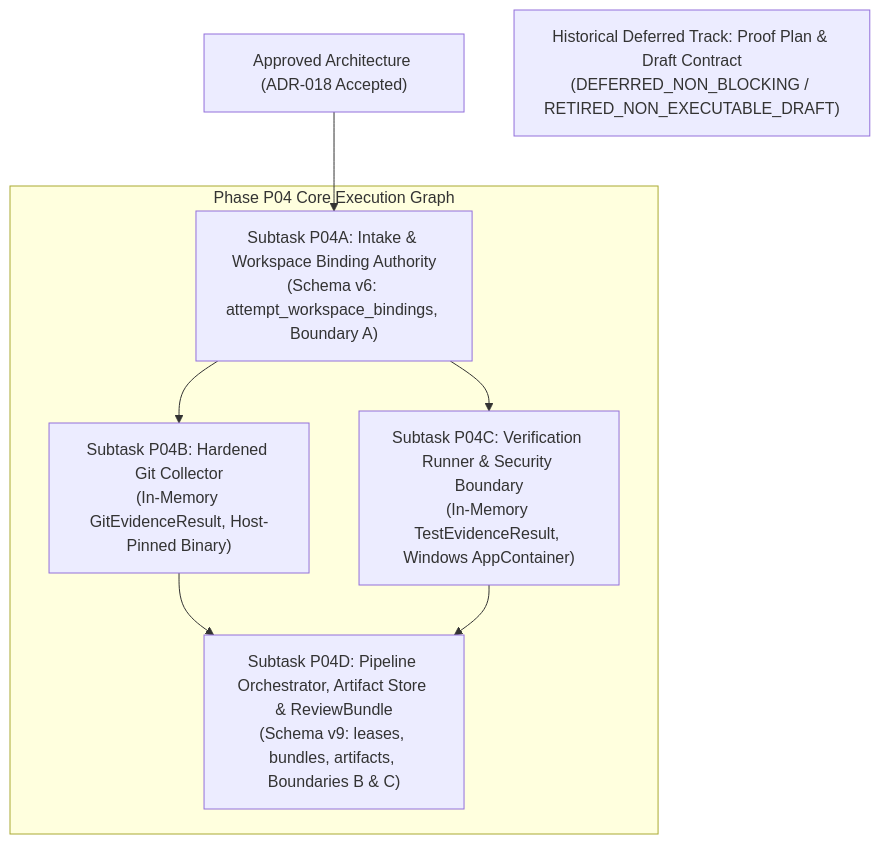
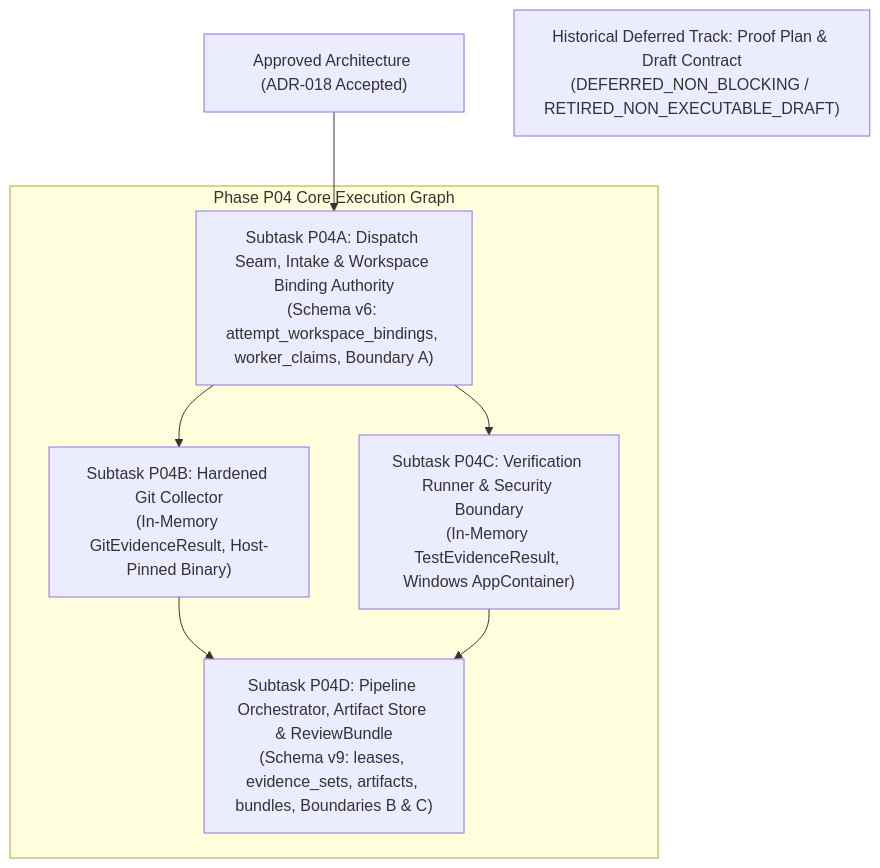
Before and after one commit to trungqwe/ai-supervisor: the diagram in docs/plans/PLAN-P04-EVIDENCE-REVIEW.md, drawn with Mermaid. The commit also changed other lines of this file and 6 other files, not shown here.

Commit message:
docs(p04): record Re-Audit 006, remediate pre-contract architecture round 7

````diff
--- a/docs/plans/PLAN-P04-EVIDENCE-REVIEW.md
+++ b/docs/plans/PLAN-P04-EVIDENCE-REVIEW.md
@@ -20,23 +20,23 @@
 ```mermaid
 graph TD
     Gov["Approved Architecture (ADR-018 Accepted)"] --> P04A
 
     subgraph PhaseP04ExecutionGraph["Phase P04 Core Execution Graph"]
-        P04A["Subtask P04A: Intake & Workspace Binding Authority
-(Schema v6: attempt_workspace_bindings, Boundary A)"]
+        P04A["Subtask P04A: Dispatch Seam, Intake & Workspace Binding Authority
+(Schema v6: attempt_workspace_bindings, worker_claims, Boundary A)"]
         P04B["Subtask P04B: Hardened Git Collector
 (In-Memory GitEvidenceResult, Host-Pinned Binary)"]
         P04C["Subtask P04C: Verification Runner & Security Boundary
 (In-Memory TestEvidenceResult, Windows AppContainer)"]
         P04D["Subtask P04D: Pipeline Orchestrator, Artifact Store & ReviewBundle
-(Schema v9: leases, bundles, artifacts, Boundaries B & C)"]
+(Schema v9: leases, evidence_sets, artifacts, bundles, Boundaries B & C)"]
 
         P04A --> P04B
         P04A --> P04C
         P04B --> P04D
         P04C --> P04D
     end
 
     HistoricalTrack["Historical Deferred Track: Proof Plan & Draft Contract
 (DEFERRED_NON_BLOCKING / RETIRED_NON_EXECUTABLE_DRAFT)"]
 ```
````
